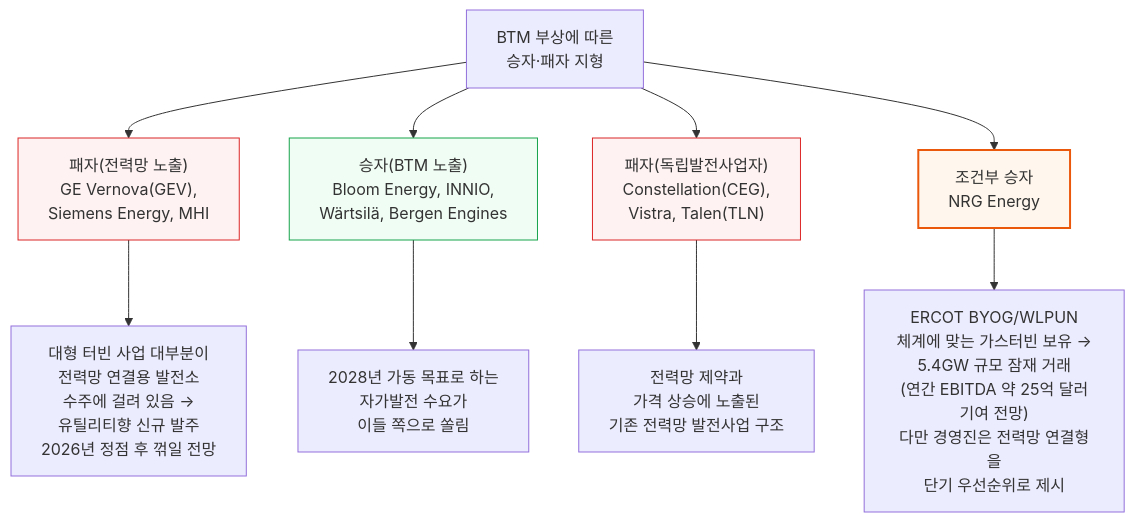
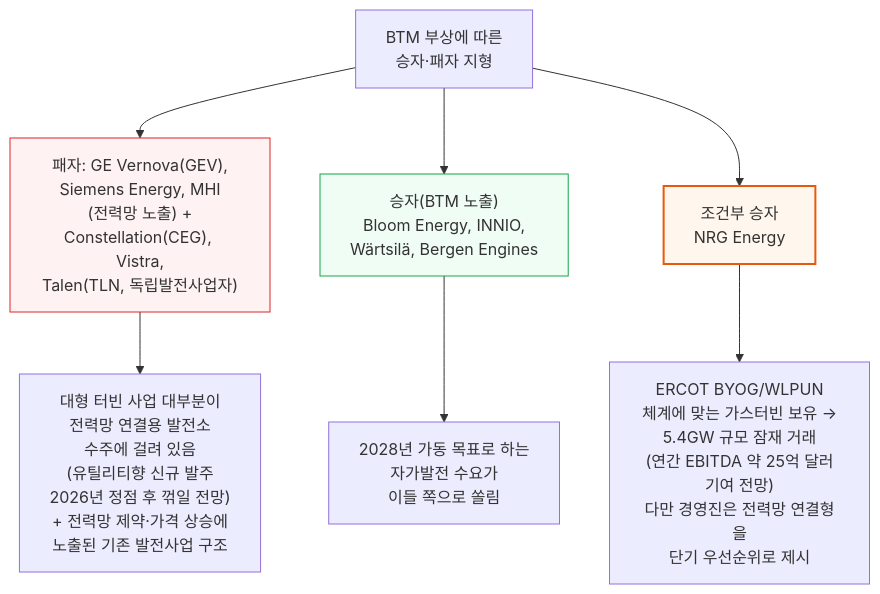
Before and after one commit to yohan4477/semi-report: diagram 20 of 20 in 원본 해석/[260626] 미국 전력망 제약 - 2028년까지 40GW+ 자가발전 데이터센터로 가는 길.md, drawn with Mermaid.

Commit message:
Fix last diagram width violation in grid constraints doc (v14.0)
Landscape node's two loser groups merged into one node.

````diff
--- a/원본 해석/[260626] 미국 전력망 제약 - 2028년까지 40GW+ 자가발전 데이터센터로 가는 길.md
+++ b/원본 해석/[260626] 미국 전력망 제약 - 2028년까지 40GW+ 자가발전 데이터센터로 가는 길.md
@@ -584,17 +584,14 @@
 ```mermaid
 flowchart TD
-    Landscape["BTM 부상에 따른<br/>승자·패자 지형"] --> Losers1["패자(전력망 노출)<br/>GE Vernova(GEV),<br/>Siemens Energy, MHI"]
+    Landscape["BTM 부상에 따른<br/>승자·패자 지형"] --> Losers1["패자: GE Vernova(GEV),<br/>Siemens Energy, MHI<br/>(전력망 노출) +<br/>Constellation(CEG), Vistra,<br/>Talen(TLN, 독립발전사업자)"]
     Landscape --> Winners1["승자(BTM 노출)<br/>Bloom Energy, INNIO,<br/>Wärtsilä, Bergen Engines"]
-    Landscape --> Losers2["패자(독립발전사업자)<br/>Constellation(CEG),<br/>Vistra, Talen(TLN)"]
     Landscape --> Cond["조건부 승자<br/>NRG Energy"]
 
-    Losers1 --> Reason1["대형 터빈 사업 대부분이<br/>전력망 연결용 발전소<br/>수주에 걸려 있음 →<br/>유틸리티향 신규 발주<br/>2026년 정점 후 꺾일 전망"]
+    Losers1 --> Reason1["대형 터빈 사업 대부분이<br/>전력망 연결용 발전소<br/>수주에 걸려 있음<br/>(유틸리티향 신규 발주<br/>2026년 정점 후 꺾일 전망)<br/>+ 전력망 제약·가격 상승에<br/>노출된 기존 발전사업 구조"]
     Winners1 --> Reason2["2028년 가동 목표로 하는<br/>자가발전 수요가<br/>이들 쪽으로 쏠림"]
-    Losers2 --> Reason3["전력망 제약과<br/>가격 상승에 노출된<br/>기존 전력망 발전사업 구조"]
     Cond --> Reason4["ERCOT BYOG/WLPUN<br/>체계에 맞는 가스터빈 보유 →<br/>5.4GW 규모 잠재 거래<br/>(연간 EBITDA 약 25억 달러<br/>기여 전망)<br/>다만 경영진은 전력망 연결형을<br/>단기 우선순위로 제시"]
 
     style Losers1 fill:#fef2f2,stroke:#dc2626
     style Winners1 fill:#f0fdf4,stroke:#16a34a
-    style Losers2 fill:#fef2f2,stroke:#dc2626
     style Cond fill:#fff7ed,stroke:#ea580c,stroke-width:2px
 ```
````
